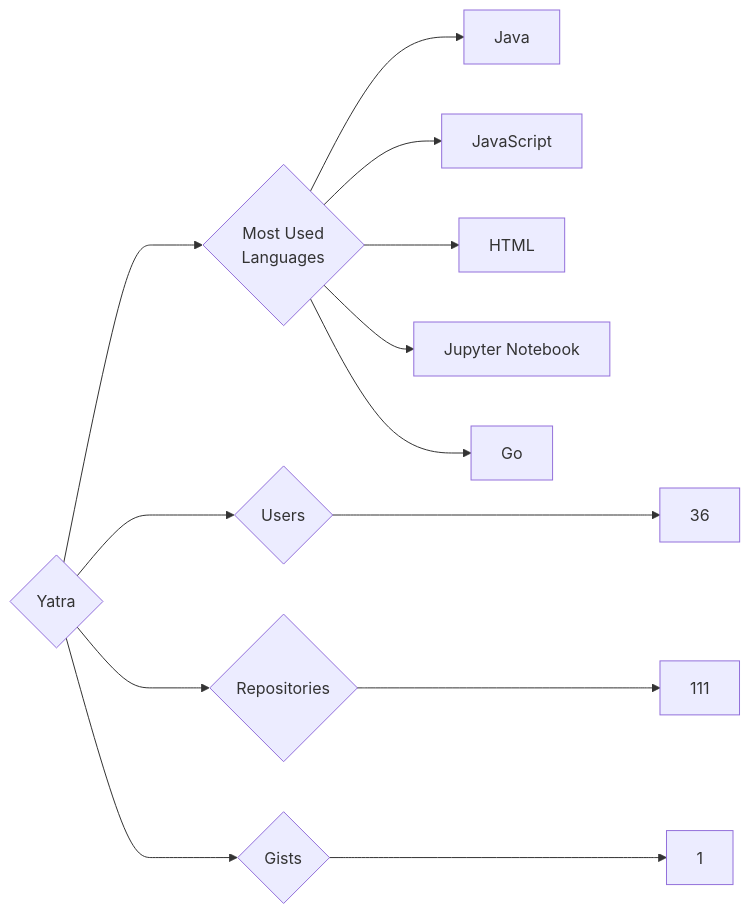
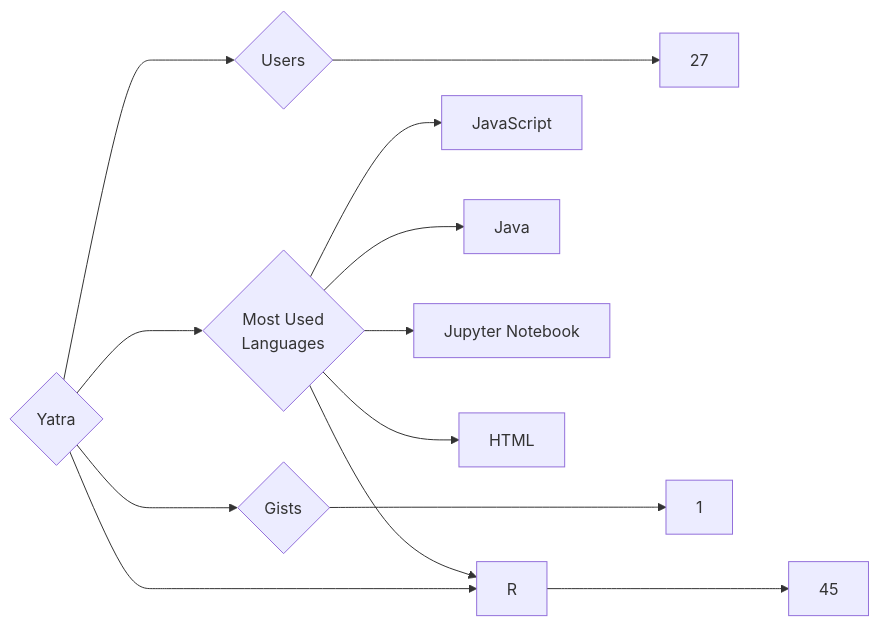
One commit to trickest/insiders changed the diagram in targets/Yatra/README.md. Above: the diagram before and after it, drawn with Mermaid. The commit also changed 765 other files, not shown here.

````diff
--- a/targets/Yatra/README.md
+++ b/targets/Yatra/README.md
@@ -3,13 +3,13 @@
 ```mermaid
 graph LR
 COMPANY_NAME{Yatra}
-COMPANY_NAME ---> U{Users} ---> UN[36]
-COMPANY_NAME ---> R{Repositories} ---> RN[111]
+COMPANY_NAME ---> U{Users} ---> UN[27]
+COMPANY_NAME ---> R{Repositories} ---> RN[45]
 COMPANY_NAME ---> G{Gists} ---> GN[1]
 COMPANY_NAME ---> ML{Most Used<br>Languages}
+ML --> JavaScript[JavaScript]
 ML --> Java[Java]
-ML --> JavaScript[JavaScript]
+ML --> R[R]
+ML --> Jupyter_Notebook[Jupyter Notebook]
 ML --> HTML[HTML]
-ML --> Jupyter_Notebook[Jupyter Notebook]
-ML --> Go[Go]
 ```
````
